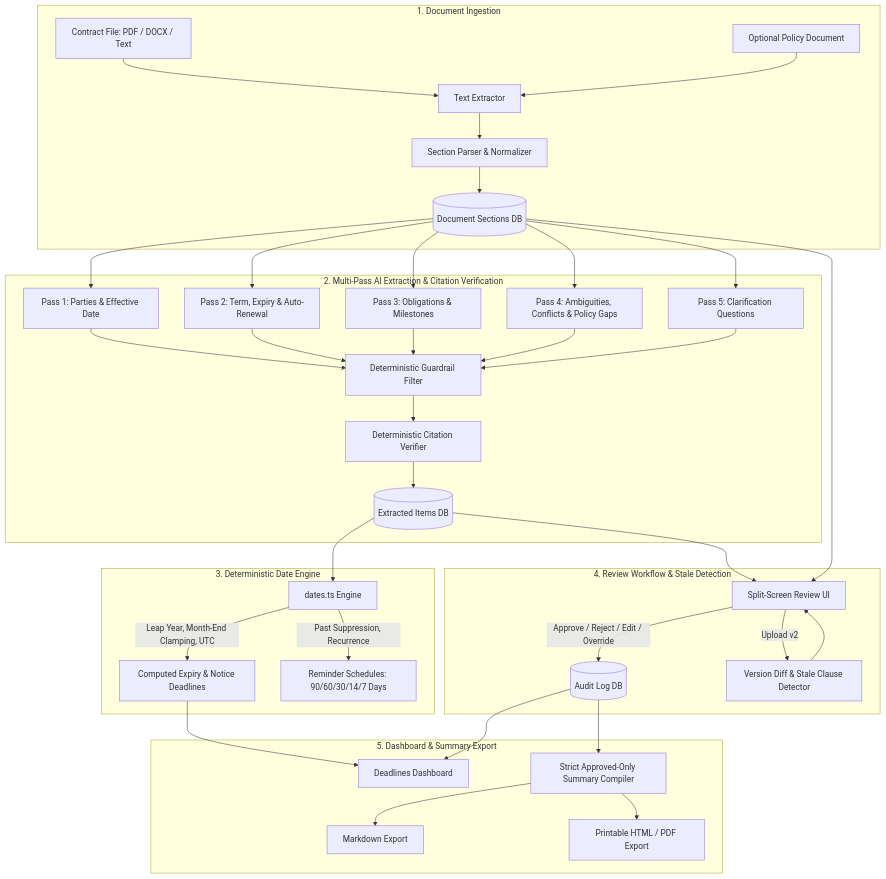
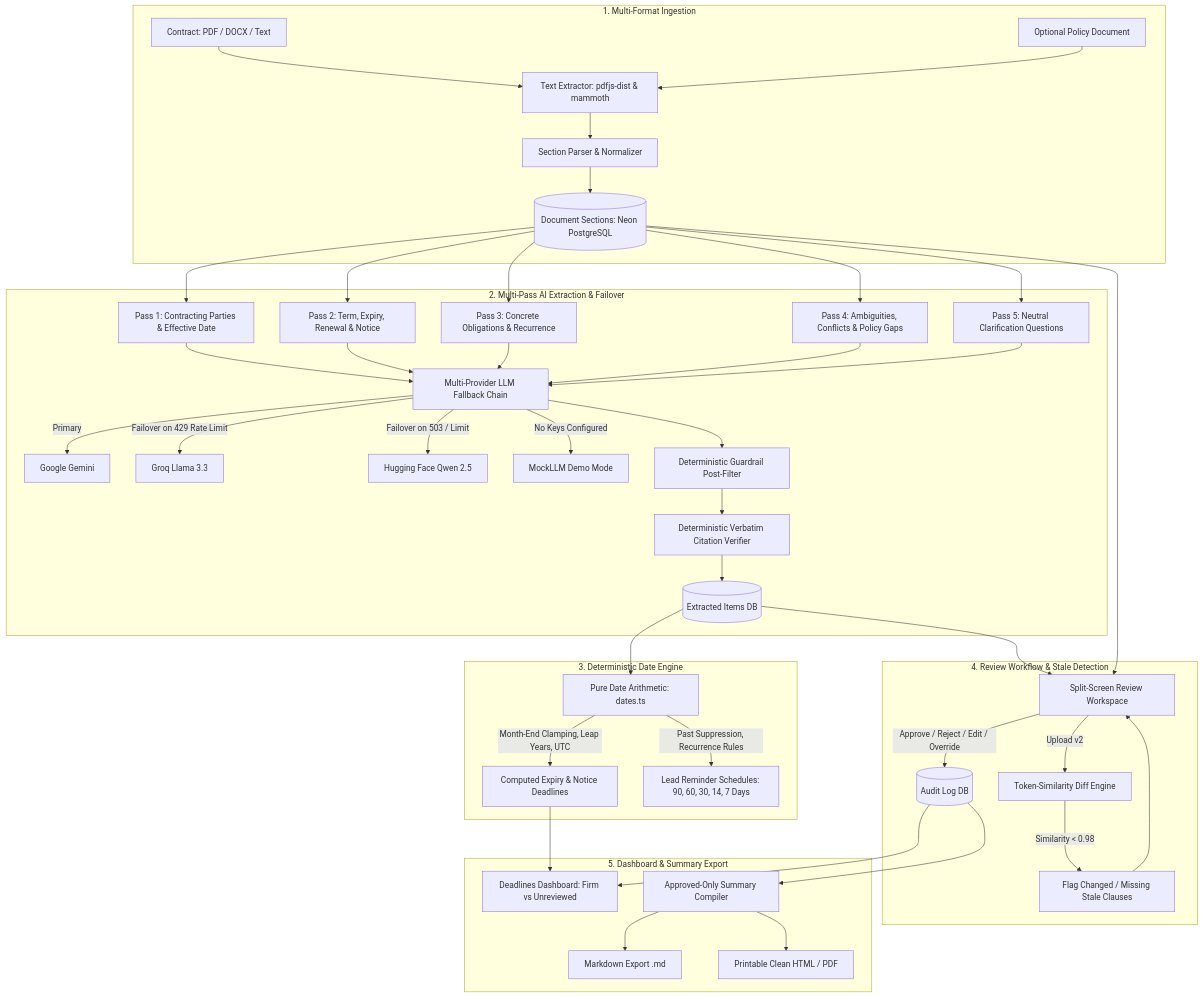
The diagram in README.md (aggisanjay/Contract-Obligation-and-Renewal-Assistant), drawn with Mermaid before and after one commit. The commit also changed other lines of this file, not shown here.

Commit message:
docs: update README with multi-provider LLM failover architecture and refined legal disclaimer

````diff
--- a/README.md
+++ b/README.md
@@ -19,42 +21,49 @@
 ```mermaid
 flowchart TD
-    subgraph Ingestion ["1. Document Ingestion"]
-        A[Contract File: PDF / DOCX / Text] --> B[Text Extractor]
+    subgraph Ingestion ["1. Multi-Format Ingestion"]
+        A[Contract: PDF / DOCX / Text] --> B[Text Extractor: pdfjs-dist & mammoth]
         P[Optional Policy Document] --> B
         B --> C[Section Parser & Normalizer]
-        C --> D[(Document Sections DB)]
+        C --> D[(Document Sections: Neon PostgreSQL)]
     end
 
-    subgraph Pipeline ["2. Multi-Pass AI Extraction & Citation Verification"]
-        D --> E1[Pass 1: Parties & Effective Date]
-        D --> E2[Pass 2: Term, Expiry & Auto-Renewal]
-        D --> E3[Pass 3: Obligations & Milestones]
+    subgraph Pipeline ["2. Multi-Pass AI Extraction & Failover"]
+        D --> E1[Pass 1: Contracting Parties & Effective Date]
+        D --> E2[Pass 2: Term, Expiry, Renewal & Notice]
+        D --> E3[Pass 3: Concrete Obligations & Recurrence]
         D --> E4[Pass 4: Ambiguities, Conflicts & Policy Gaps]
-        D --> E5[Pass 5: Clarification Questions]
+        D --> E5[Pass 5: Neutral Clarification Questions]
         
-        E1 & E2 & E3 & E4 & E5 --> F[Deterministic Guardrail Filter]
-        F --> G[Deterministic Citation Verifier]
-        G --> H[(Extracted Items DB)]
+        E1 & E2 & E3 & E4 & E5 --> F[Multi-Provider LLM Fallback Chain]
+        F -->|Primary| F1[Google Gemini]
+        F -->|Failover on 429 Rate Limit| F2[Groq Llama 3.3]
+        F -->|Failover on 503 / Limit| F3[Hugging Face Qwen 2.5]
+        F -->|No Keys Configured| F4[MockLLM Demo Mode]
+
+        F --> G[Deterministic Guardrail Post-Filter]
+        G --> H[Deterministic Verbatim Citation Verifier]
+        H --> I[(Extracted Items DB)]
     end
 
     subgraph DeterministicEngine ["3. Deterministic Date Engine"]
-        H --> I[dates.ts Engine]
-        I -->|Leap Year, Month-End Clamping, UTC| J[Computed Expiry & Notice Deadlines]
-        I -->|Past Suppression, Recurrence| K[Reminder Schedules: 90/60/30/14/7 Days]
+        I --> J[Pure Date Arithmetic: dates.ts]
+        J -->|Month-End Clamping, Leap Years, UTC| K[Computed Expiry & Notice Deadlines]
+        J -->|Past Suppression, Recurrence Rules| L[Lead Reminder Schedules: 90, 60, 30, 14, 7 Days]
     end
 
     subgraph HumanReview ["4. Review Workflow & Stale Detection"]
-        H --> L[Split-Screen Review UI]
-        D --> L
-        L -->|Approve / Reject / Edit / Override| M[(Audit Log DB)]
-        L -->|Upload v2| N[Version Diff & Stale Clause Detector]
-        N --> L
+        I --> M[Split-Screen Review Workspace]
+        D --> M
+        M -->|Approve / Reject / Edit / Override| N[(Audit Log DB)]
+        M -->|Upload v2| O[Token-Similarity Diff Engine]
+        O -->|Similarity < 0.98| P3[Flag Changed / Missing Stale Clauses]
+        P3 --> M
     end
 
     subgraph Output ["5. Dashboard & Summary Export"]
-        M & J --> O[Deadlines Dashboard]
-        M --> P2[Strict Approved-Only Summary Compiler]
-        P2 --> Q1[Markdown Export]
-        P2 --> Q2[Printable HTML / PDF Export]
+        N & K --> Q[Deadlines Dashboard: Firm vs Unreviewed]
+        N --> R[Approved-Only Summary Compiler]
+        R --> S1[Markdown Export .md]
+        R --> S2[Printable Clean HTML / PDF]
     end
 ```
````
